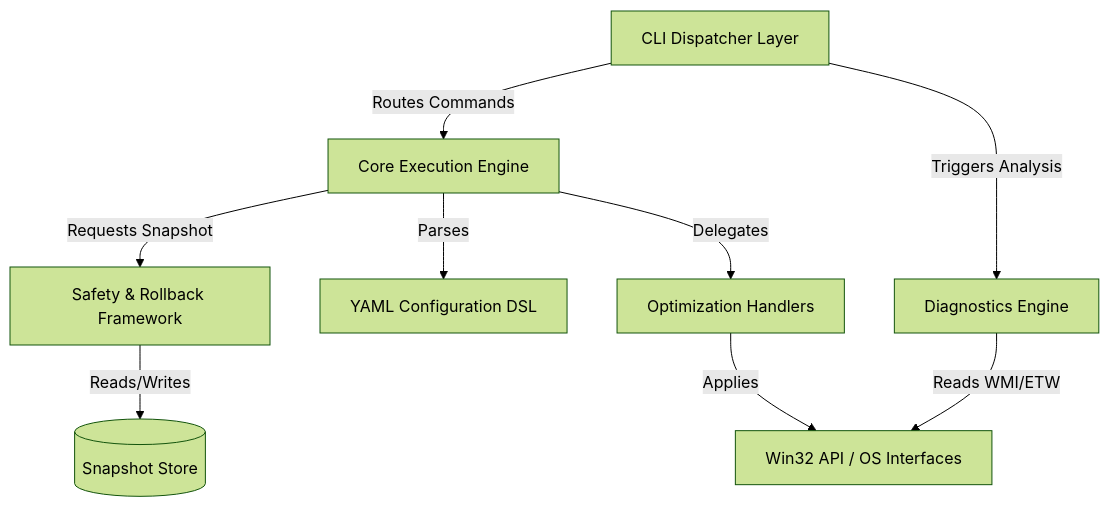
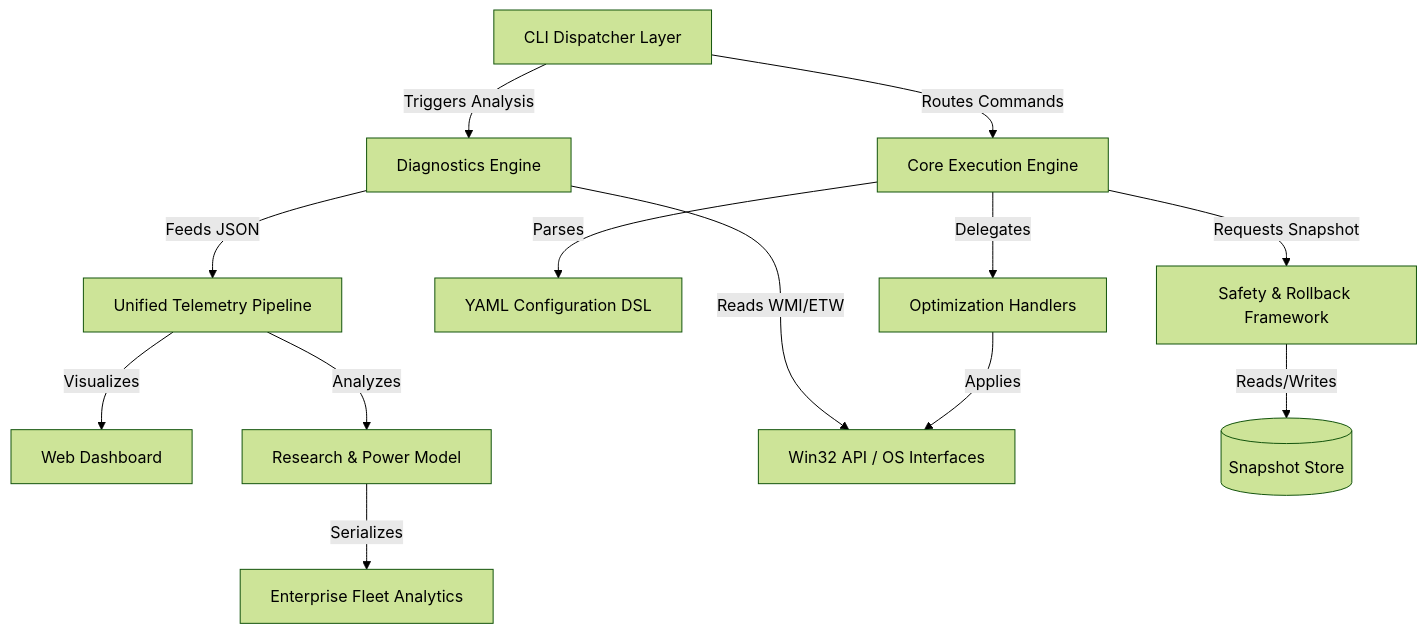
The diagram in docs/architecture.md (Sarvadnya07/powertune), drawn with Mermaid (forest theme) before and after one commit. The commit also changed other lines of this file and 19 other files, not shown here.

Commit message:
feat: implement core diagnostic engine, fleet analytics, and security policies while transitioning to pyproject.toml packaging.

````diff
--- a/docs/architecture.md
+++ b/docs/architecture.md
@@ -7,14 +7,19 @@
 ```mermaid
 graph TD
     CLI[CLI Dispatcher Layer] --> |Routes Commands| Core[Core Execution Engine]
     CLI --> |Triggers Analysis| Diag[Diagnostics Engine]
     
+    Diag --> |Feeds JSON| Tele[Unified Telemetry Pipeline]
+    Tele --> |Visualizes| GUI[Web Dashboard]
+    Tele --> |Analyzes| Research[Research & Power Model]
+    Research --> |Serializes| Fleet[Enterprise Fleet Analytics]
+
     Core --> |Parses| Config[YAML Configuration DSL]
     Core --> |Requests Snapshot| Safe[Safety & Rollback Framework]
     Core --> |Delegates| Opt[Optimization Handlers]
     
     Opt --> |Applies| OS[Win32 API / OS Interfaces]
     Diag --> |Reads WMI/ETW| OS
     
     Safe --> |Reads/Writes| SnapDB[(Snapshot Store)]
 ```
````
